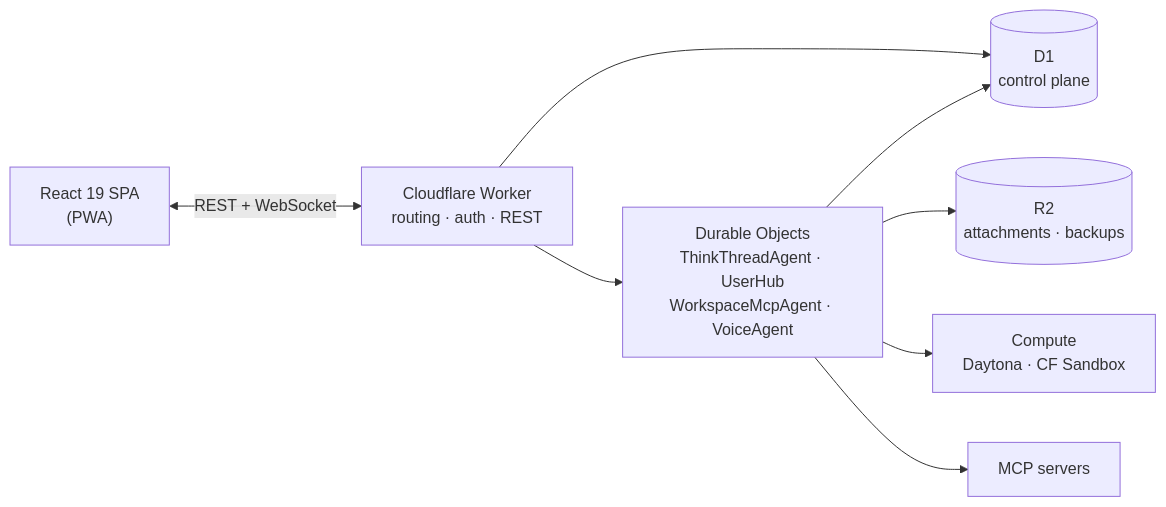
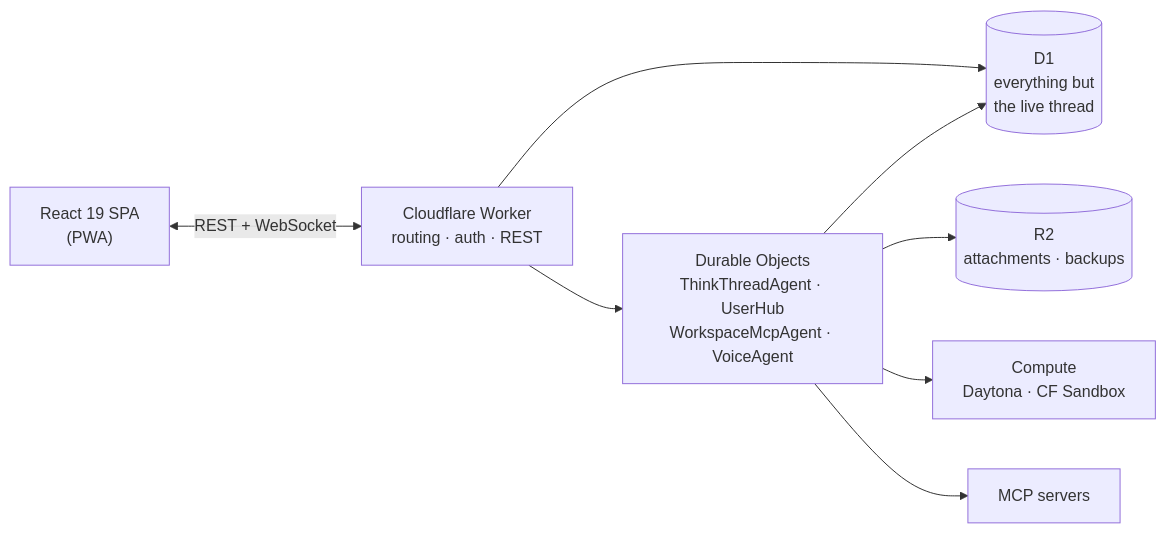
Before and after one commit to ruqqq/nadi-oss: the diagram in README.md, drawn with Mermaid. The commit also changed other lines of this file and 1 other file, not shown here.

````diff
--- a/README.md
+++ b/README.md
@@ -64,18 +64,18 @@
 ```mermaid
 flowchart LR
   SPA["React 19 SPA<br/>(PWA)"]
   W["Cloudflare Worker<br/>routing · auth · REST"]
   DO["Durable Objects<br/>ThinkThreadAgent · UserHub<br/>WorkspaceMcpAgent · VoiceAgent"]
-  D1[("D1<br/>control plane")]
+  D1[("D1<br/>everything but<br/>the live thread")]
   R2[("R2<br/>attachments · backups")]
   CMP["Compute<br/>Daytona · CF Sandbox"]
   MCP["MCP servers"]
 
   SPA <-->|"REST + WebSocket"| W
   W --> DO
   W --> D1
   DO --> D1
   DO --> R2
   DO --> CMP
   DO --> MCP
 ```
````
